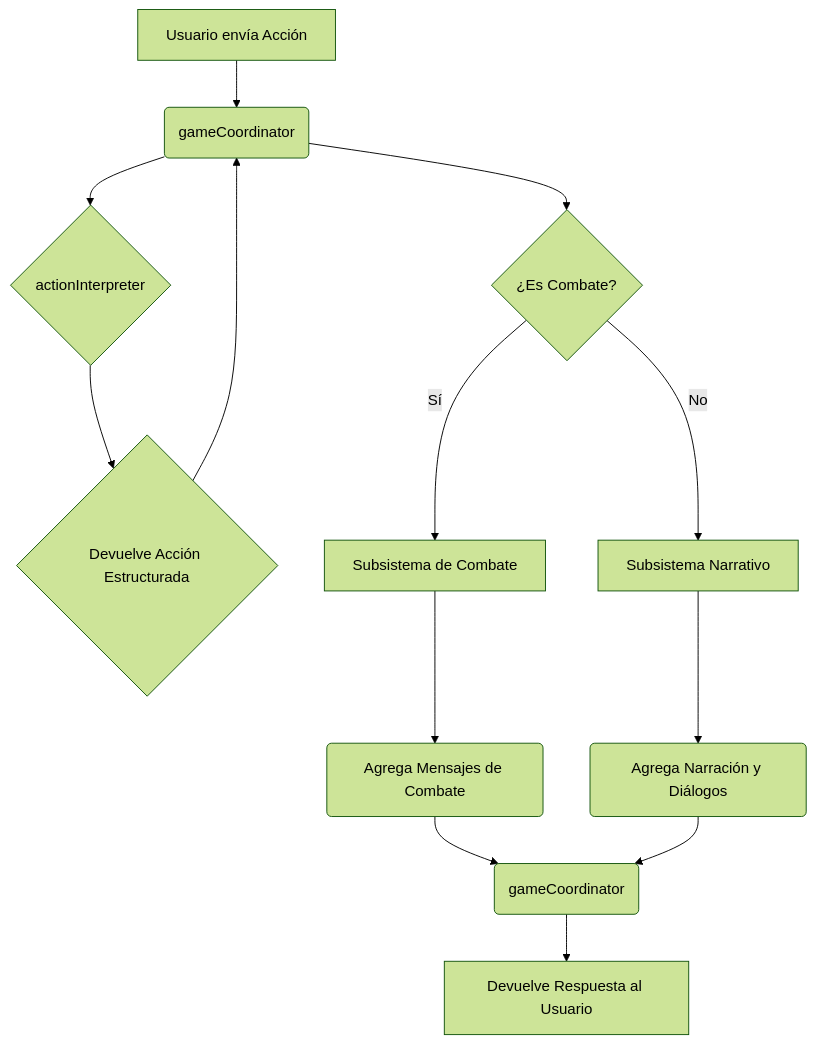
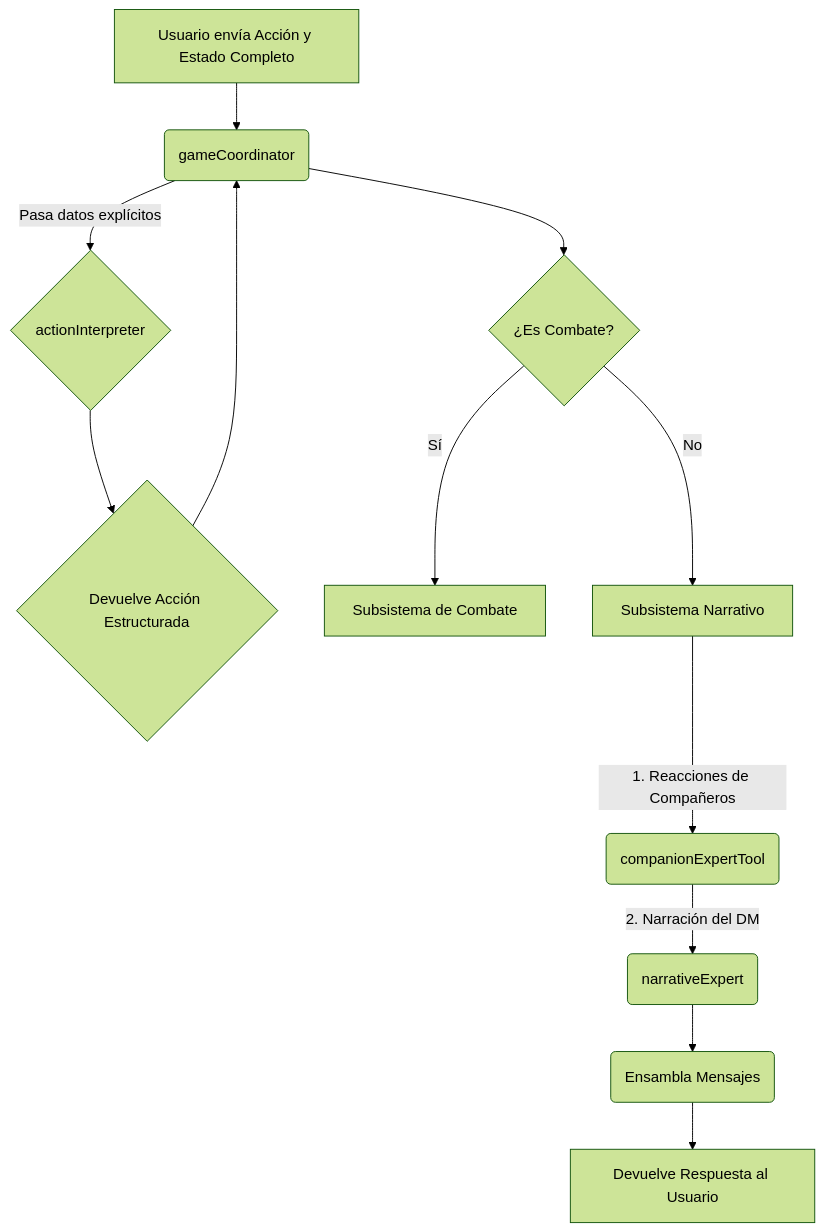
One commit to gaellendoiro-droid/DnD-Adventures-AI changed the diagram in docs/ia-architecture.md. Above: the diagram before and after it, drawn with Mermaid (forest theme). The commit also changed other lines of this file and 7 other files, not shown here.

````diff
--- a/docs/ia-architecture.md
+++ b/docs/ia-architecture.md
@@ -25,15 +25,14 @@
 ```mermaid
 graph TD
-    A[Usuario envía Acción] --> B(gameCoordinator);
-    B --> C{actionInterpreter};
+    A[Usuario envía Acción y Estado Completo] --> B(gameCoordinator);
+    B -- Pasa datos explícitos --> C{actionInterpreter};
     C --> D{Devuelve Acción Estructurada};
     D --> B;
     B --> E{¿Es Combate?};
     E -- Sí --> F[Subsistema de Combate];
     E -- No --> G[Subsistema Narrativo];
-    F --> H(Agrega Mensajes de Combate);
-    G --> I(Agrega Narración y Diálogos);
-    H --> J(gameCoordinator);
-    I --> J;
+    G -- 1. Reacciones de Compañeros --> H(companionExpertTool);
+    H -- 2. Narración del DM --> I(narrativeExpert);
+    I --> J(Ensambla Mensajes);
     J --> K[Devuelve Respuesta al Usuario];
 ```
````
